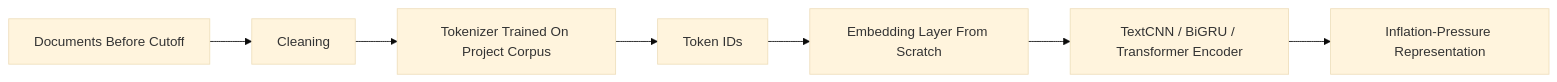
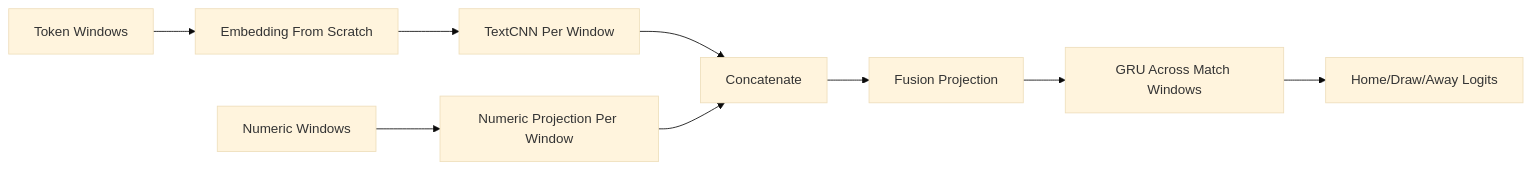
The third of 3 diagrams in docs/architecture.md (oguzhanozkaya/football-inplay-prediction), drawn with Mermaid (base theme) before and after one commit. The commit also changed other lines of this file and 29 other files, not shown here.

````diff
--- a/docs/architecture.md
+++ b/docs/architecture.md
@@ -113,9 +101,11 @@
 ```mermaid
 flowchart LR
-    A[Documents Before Cutoff] --> B[Cleaning]
-    B --> C[Tokenizer Trained On Project Corpus]
-    C --> D[Token IDs]
-    D --> E[Embedding Layer From Scratch]
-    E --> F[TextCNN / BiGRU / Transformer Encoder]
-    F --> G[Inflation-Pressure Representation]
+    A[Token Windows] --> B[Embedding From Scratch]
+    B --> C[TextCNN Per Window]
+    D[Numeric Windows] --> E[Numeric Projection Per Window]
+    C --> F[Concatenate]
+    E --> F
+    F --> G[Fusion Projection]
+    G --> H[GRU Across Match Windows]
+    H --> I[Home/Draw/Away Logits]
 ```
````
